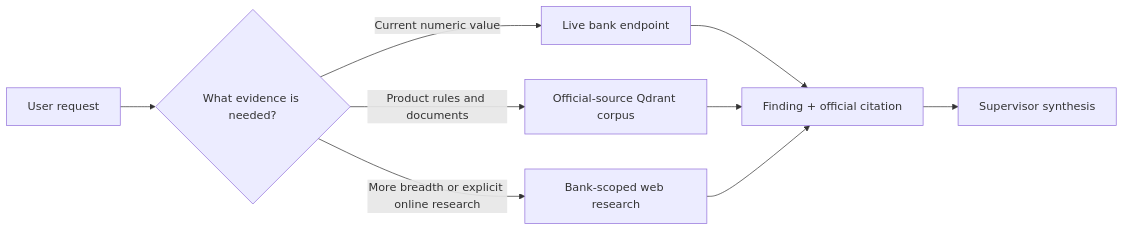
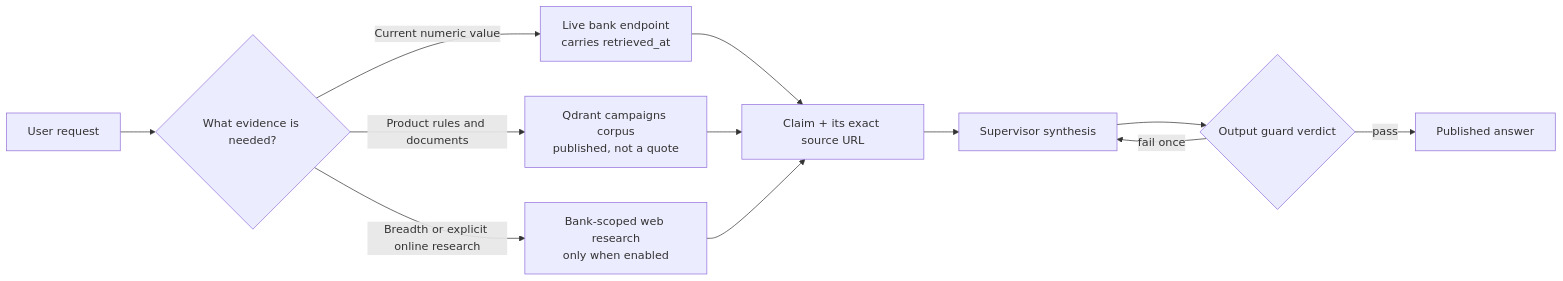
Before and after one commit to Abdurrahman-Wahdan/TEKNOFEST2026-Yapay-Zeka-Dil-Ajanlari-Yarismasi-KERMITS: the sixth of 6 diagrams in README.md, drawn with Mermaid. The commit also changed other lines of this file and 1 other file, not shown here.

````diff
--- a/README.md
+++ b/README.md
@@ -217,11 +336,14 @@
 ```mermaid
 flowchart LR
     Request[User request] --> Decide{What evidence is needed?}
-    Decide -->|Current numeric value| Live[Live bank endpoint]
-    Decide -->|Product rules and documents| KB[Official-source Qdrant corpus]
-    Decide -->|More breadth or explicit online research| Web[Bank-scoped web research]
-    Live --> Cite[Finding + official citation]
+    Decide -->|Current numeric value| Live["Live bank endpoint<br/>carries retrieved_at"]
+    Decide -->|Product rules and documents| KB["Qdrant campaigns corpus<br/>published, not a quote"]
+    Decide -->|Breadth or explicit online research| Web["Bank-scoped web research<br/>only when enabled"]
+    Live --> Cite[Claim + its exact source URL]
     KB --> Cite
     Web --> Cite
     Cite --> Answer[Supervisor synthesis]
+    Answer --> Guard{Output guard verdict}
+    Guard -->|pass| Publish[Published answer]
+    Guard -->|fail once| Answer
 ```
````
